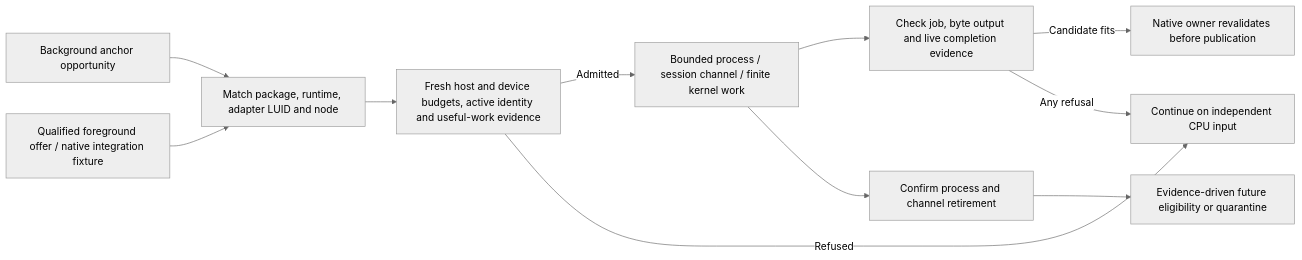
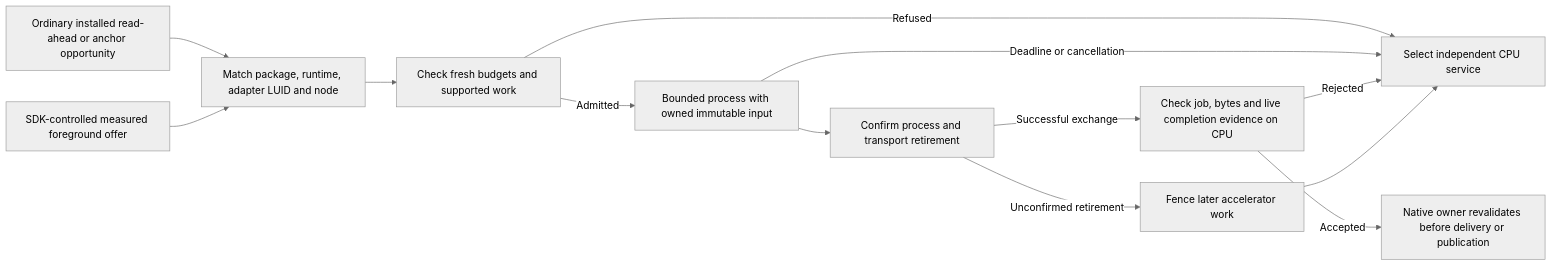
One commit to strmt7/FlitzFS changed diagram 13 of 14 in docs/architecture/CURRENT.md. Above: the diagram before and after it, drawn with Mermaid (neutral theme). The commit also changed other lines of this file and 16 other files, not shown here.

Commit message:
Reconcile stable release plan and support cancellation of installed AMD write discovery

````diff
--- a/docs/architecture/CURRENT.md
+++ b/docs/architecture/CURRENT.md
@@ -412,13 +438,15 @@
 ```mermaid
 flowchart LR
-    B["Background anchor opportunity"] --> Discover["Match package, runtime, adapter LUID and node"]
-    F["Qualified foreground offer / native integration fixture"] --> Discover
-    Discover --> Admit["Fresh host and device budgets, active identity and useful-work evidence"]
-    Admit -->|Admitted| Worker["Bounded process / session channel / finite kernel work"]
-    Admit -->|Refused| CPU["Continue on independent CPU input"]
-    Worker --> Validate["Check job, byte output and live completion evidence"]
-    Validate -->|Candidate fits| Publish["Native owner revalidates before publication"]
-    Validate -->|Any refusal| CPU
-    Worker --> End["Confirm process and channel retirement"]
-    End --> Health["Evidence-driven future eligibility or quarantine"]
+    B["Ordinary installed read-ahead or anchor opportunity"] --> Discover["Match package, runtime, adapter LUID and node"]
+    F["SDK-controlled measured foreground offer"] --> Discover
+    Discover --> Admit["Check fresh budgets and supported work"]
+    Admit -->|Admitted| Worker["Bounded process with owned immutable input"]
+    Admit -->|Refused| CPU["Select independent CPU service"]
+    Worker -->|Deadline or cancellation| CPU
+    Worker --> End["Confirm process and transport retirement"]
+    End -->|Successful exchange| Validate["Check job, bytes and live completion evidence on CPU"]
+    Validate -->|Accepted| Publish["Native owner revalidates before delivery or publication"]
+    Validate -->|Rejected| CPU
+    End -->|Unconfirmed retirement| Quarantine["Fence later accelerator work"]
+    Quarantine --> CPU
 ```
````
